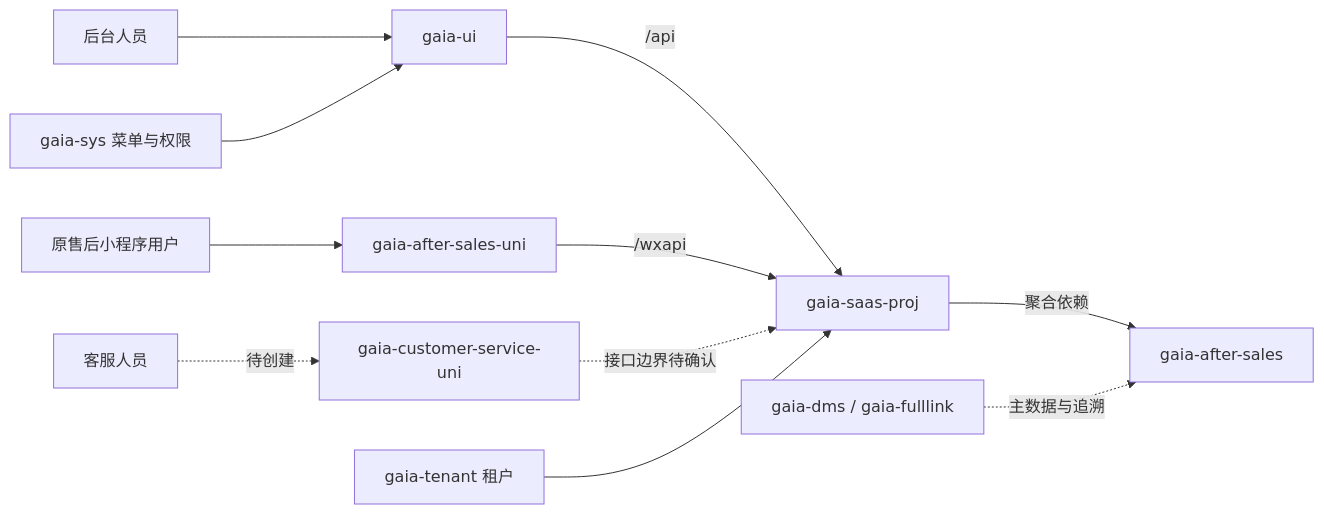
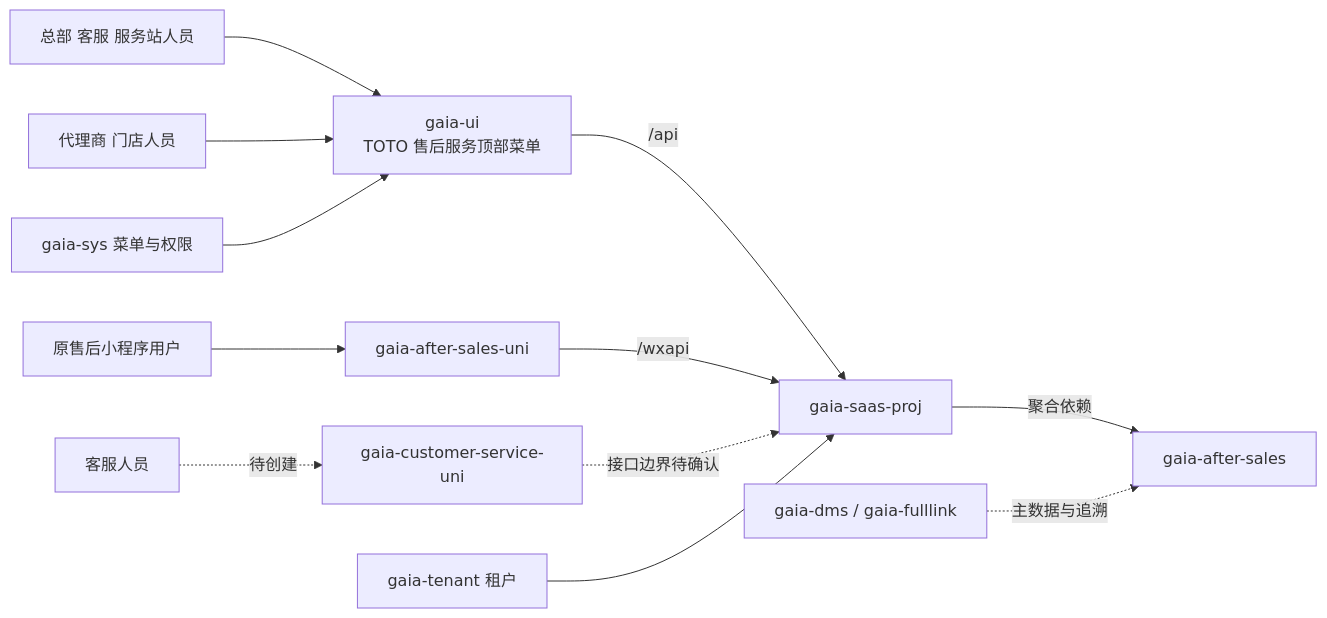
One commit to zhiyuan23/toto-after-sales-docs changed the diagram in 00-项目资料/02-仓库与系统关系.md. Above: the diagram before and after it, drawn with Mermaid. The commit also changed other lines of this file and 29 other files, not shown here.

````diff
--- a/00-项目资料/02-仓库与系统关系.md
+++ b/00-项目资料/02-仓库与系统关系.md
@@ -7,13 +7,14 @@
 ```mermaid
 flowchart LR
-  ADMIN["后台人员"] --> UI["gaia-ui"]
+  ADMIN["总部 客服 服务站人员"] --> UI["gaia-ui\nTOTO 售后服务顶部菜单"]
+  DEALER["代理商 门店人员"] --> UI
   CONSUMER["原售后小程序用户"] --> MINI["gaia-after-sales-uni"]
   SERVICE["客服人员"] -.待创建.-> CSMINI["gaia-customer-service-uni"]
   UI -->|/api| HOST["gaia-saas-proj"]
   MINI -->|/wxapi| HOST
   CSMINI -.->|接口边界待确认| HOST
   HOST -->|聚合依赖| AFTER["gaia-after-sales"]
   SYS["gaia-sys 菜单与权限"] --> UI
   TENANT["gaia-tenant 租户"] --> HOST
   DMS["gaia-dms / gaia-fulllink"] -.主数据与追溯.-> AFTER
 ```
````
